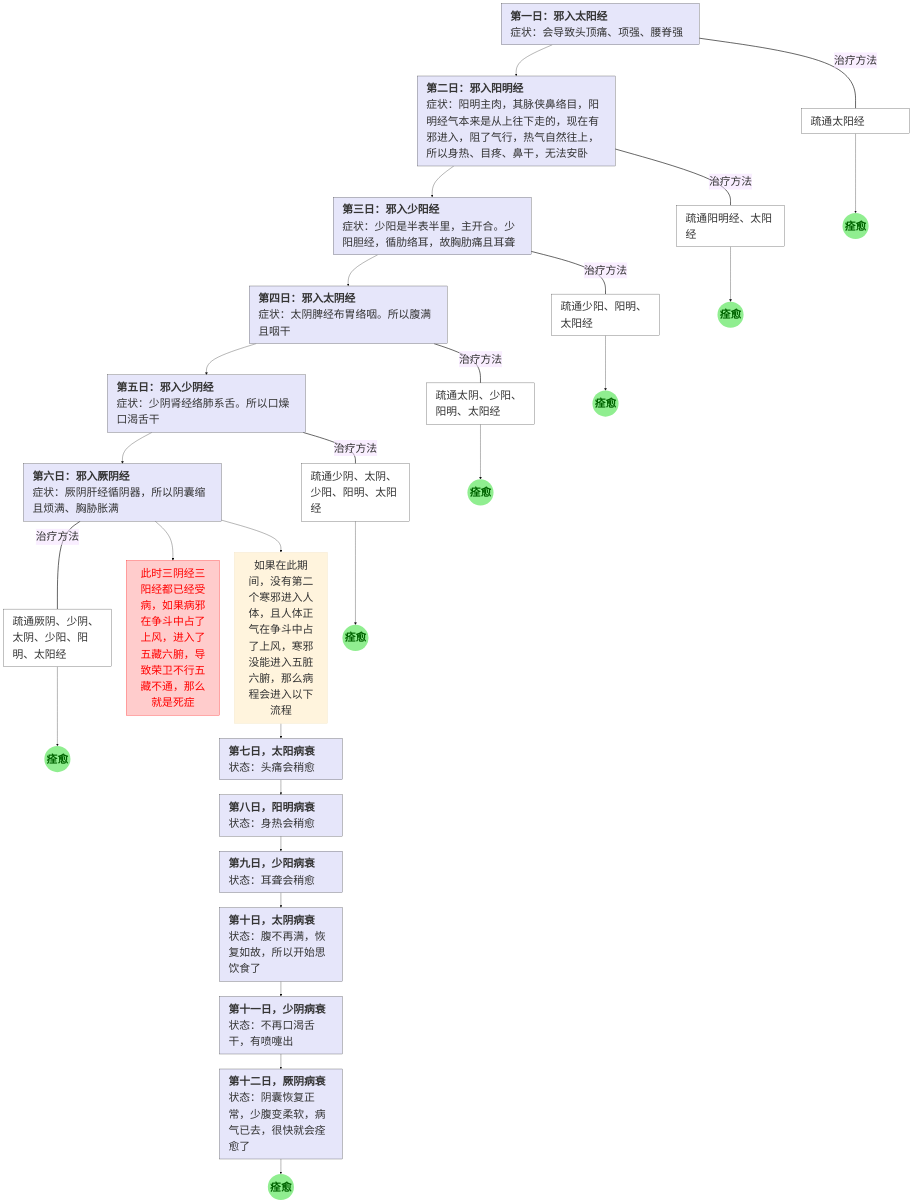
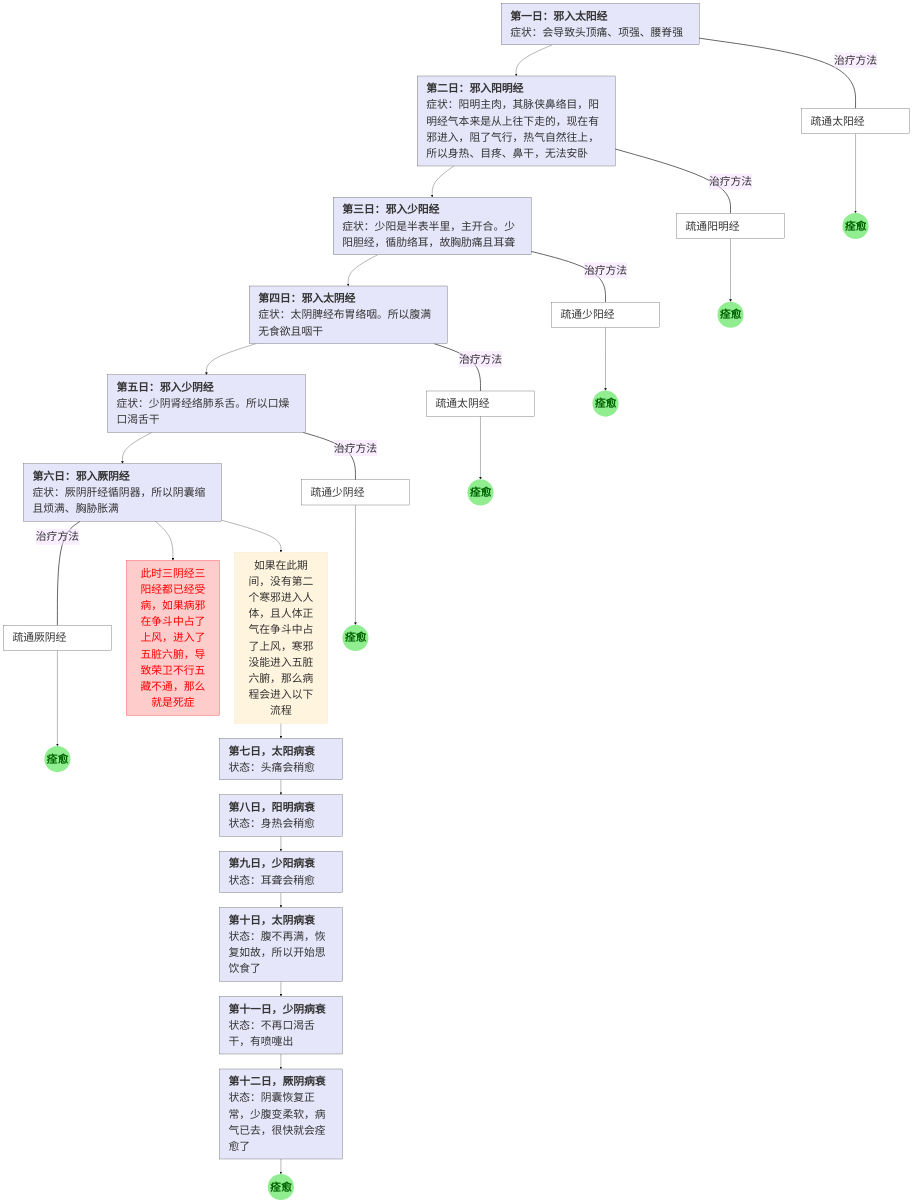
One commit to judyfreecoding/TCM_Ni changed the first of 2 diagrams in docs/huangdi/case/index.md. Above: the diagram before and after it, drawn with Mermaid (base theme). The commit also changed other lines of this file and 1 other file, not shown here.

````diff
--- a/docs/huangdi/case/index.md
+++ b/docs/huangdi/case/index.md
@@ -50,75 +57,75 @@
 ```mermaid
 graph TD
     %% 定义样式
     classDef day fill:#e6e6fa,stroke:#333,stroke-width:1px,align:left,font-size:36px
     classDef treat fill:#fff,stroke:#333,stroke-width:1px,align:center,font-size:36px
     classDef ok fill:#90ee90,stroke:none,color:#006400,font-weight:bold,font-size:36px
 
     %% 节点定义（优化字号和宽度，防止图表过大导致被自动缩小）
     D1["<div style='width:600px;white-space:normal;line-height:1.5;text-align:left'><b>第一日：邪入太阳经</b><br>症状：会导致头顶痛、项强、腰脊强</div>"]:::day 
     D2["<div style='width:600px;white-space:normal;line-height:1.5;text-align:left'><b>第二日：邪入阳明经</b><br>症状：阳明主肉，其脉侠鼻络目，阳明经气本来是从上往下走的，现在有邪进入，阻了气行，热气自然往上，所以身热、目疼、鼻干，无法安卧</div>"]:::day
     D3["<div style='width:600px;white-space:normal;line-height:1.5;text-align:left'><b>第三日：邪入少阳经</b><br>症状：少阳是半表半里，主开合。少阳胆经，循肋络耳，故胸肋痛且耳聋</div>"]:::day
-    D4["<div style='width:600px;white-space:normal;line-height:1.5;text-align:left'><b>第四日：邪入太阴经</b><br>症状：太阴脾经布胃络咽。所以腹满且咽干</div>"]:::day
+    D4["<div style='width:600px;white-space:normal;line-height:1.5;text-align:left'><b>第四日：邪入太阴经</b><br>症状：太阴脾经布胃络咽。所以腹满无食欲且咽干</div>"]:::day
     D5["<div style='width:600px;white-space:normal;line-height:1.5;text-align:left'><b>第五日：邪入少阴经</b><br>症状：少阴肾经络肺系舌。所以口燥口渴舌干</div>"]:::day
     D6["<div style='width:600px;white-space:normal;line-height:1.5;text-align:left'><b>第六日：邪入厥阴经</b><br>症状：厥阴肝经循阴器，所以阴囊缩且烦满、胸胁胀满</div>"]:::day
     
     T1["<div style='width:300px;white-space:normal;line-height:1.5;text-align:left'>疏通太阳经</div>"]:::treat
-    T2["<div style='width:300px;white-space:normal;line-height:1.5;text-align:left'>疏通阳明经、太阳经</div>"]:::treat
-    T3["<div style='width:300px;white-space:normal;line-height:1.5;text-align:left'>疏通少阳、阳明、太阳经</div>"]:::treat
-    T4["<div style='width:300px;white-space:normal;line-height:1.5;text-align:left'>疏通太阴、少阳、阳明、太阳经</div>"]:::treat
-    T5["<div style='width:300px;white-space:normal;line-height:1.5;text-align:left'>疏通少阴、太阴、少阳、阳明、太阳经</div>"]:::treat
-    T6["<div style='width:300px;white-space:normal;line-height:1.5;text-align:left'>疏通厥阴、少阴、太阴、少阳、阳明、太阳经</div>"]:::treat
+    T2["<div style='width:300px;white-space:normal;line-height:1.5;text-align:left'>疏通阳明经</div>"]:::treat
+    T3["<div style='width:300px;white-space:normal;line-height:1.5;text-align:left'>疏通少阳经</div>"]:::treat
+    T4["<div style='width:300px;white-space:normal;line-height:1.5;text-align:left'>疏通太阴经</div>"]:::treat
+    T5["<div style='width:300px;white-space:normal;line-height:1.5;text-align:left'>疏通少阴经</div>"]:::treat
+    T6["<div style='width:300px;white-space:normal;line-height:1.5;text-align:left'>疏通厥阴经</div>"]:::treat
     
     O1((<div style='display:flex;align-items:center;justify-content:center;height:100%'>痊愈</div>)):::ok
     O2((<div style='display:flex;align-items:center;justify-content:center;height:100%'>痊愈</div>)):::ok
     O3((<div style='display:flex;align-items:center;justify-content:center;height:100%'>痊愈</div>)):::ok
     O4((<div style='display:flex;align-items:center;justify-content:center;height:100%'>痊愈</div>)):::ok
     O5((<div style='display:flex;align-items:center;justify-content:center;height:100%'>痊愈</div>)):::ok
     O6((<div style='display:flex;align-items:center;justify-content:center;height:100%'>痊愈</div>)):::ok
     O7((<div style='display:flex;align-items:center;justify-content:center;height:100%'>痊愈</div>)):::ok
 
-    DIE["<div style='width:250px;white-space:normal;font-size:36px'>此时三阴经三阳经都已经受病，如果病邪在争斗中占了上风，进入了五藏六腑，导致荣卫不行五藏不通，那么就是死症</div>"]
+    DIE["<div style='width:250px;white-space:normal;font-size:36px'>此时三阴经三阳经都已经受病，如果病邪在争斗中占了上风，进入了五脏六腑，导致荣卫不行五藏不通，那么就是死症</div>"]
     style DIE fill:#ffcccc,stroke:#f00,color:#f00
     REC["<div style='width:250px;white-space:normal;font-size:36px'>如果在此期间，没有第二个寒邪进入人体，且人体正气在争斗中占了上风，寒邪没能进入五脏六腑，那么病程会进入以下流程</div>"]
 
     R1["<div style='width:350px;white-space:normal;line-height:1.5;text-align:left'><b>第七日，太阳病衰</b><br>状态：头痛会稍愈</div>"]:::day 
     R2["<div style='width:350px;white-space:normal;line-height:1.5;text-align:left'><b>第八日，阳明病衰</b><br>状态：身热会稍愈</div>"]:::day
     R3["<div style='width:350px;white-space:normal;line-height:1.5;text-align:left'><b>第九日，少阳病衰</b><br>状态：耳聋会稍愈</div>"]:::day
     R4["<div style='width:350px;white-space:normal;line-height:1.5;text-align:left'><b>第十日，太阴病衰</b><br>状态：腹不再满，恢复如故，所以开始思饮食了</div>"]:::day
     R5["<div style='width:350px;white-space:normal;line-height:1.5;text-align:left'><b>第十一日，少阴病衰</b><br>状态：不再口渴舌干，有喷嚏出</div>"]:::day
     R6["<div style='width:350px;white-space:normal;line-height:1.5;text-align:left'><b>第十二日，厥阴病衰</b><br>状态：阴囊恢复正常，少腹变柔软，病气已去，很快就会痊愈了</div>"]:::day
 
     %% 布局逻辑
     D1 --> D2
     D2 --> D3
     D3 --> D4
     D4 --> D5
     D5 --> D6
     
     D1 ---|<div style='display:flex;align-items:center;justify-content:center;height:100%'><span style='font-size:36px'>治疗方法</span></div>| T1
     D2 ---|<div style='display:flex;align-items:center;justify-content:center;height:100%'><span style='font-size:36px'>治疗方法</span></div>| T2
     D3 ---|<div style='display:flex;align-items:center;justify-content:center;height:100%'><span style='font-size:36px'>治疗方法</span></div>| T3
     D4 ---|<div style='display:flex;align-items:center;justify-content:center;height:100%'><span style='font-size:36px'>治疗方法</span></div>| T4
     D5 ---|<div style='display:flex;align-items:center;justify-content:center;height:100%'><span style='font-size:36px'>治疗方法</span></div>| T5
     D6 ---|<div style='display:flex;align-items:center;justify-content:center;height:100%'><span style='font-size:36px'>治疗方法</span></div>| T6
     
     T1 --> O1
     T2 --> O2
     T3 --> O3
     T4 --> O4
     T5 --> O5
     T6 --> O6
     
     D6 --> DIE
     D6 --> REC
     REC --> R1
     R1 --> R2
     R2 --> R3
     R3 --> R4
     R4 --> R5
     R5 --> R6
     R6 --> O7
     
     %% 强制水平排列
     linkStyle 5,6,7,8,9,10 stroke-width:2px,fill:none,stroke:black;
 ```
````
